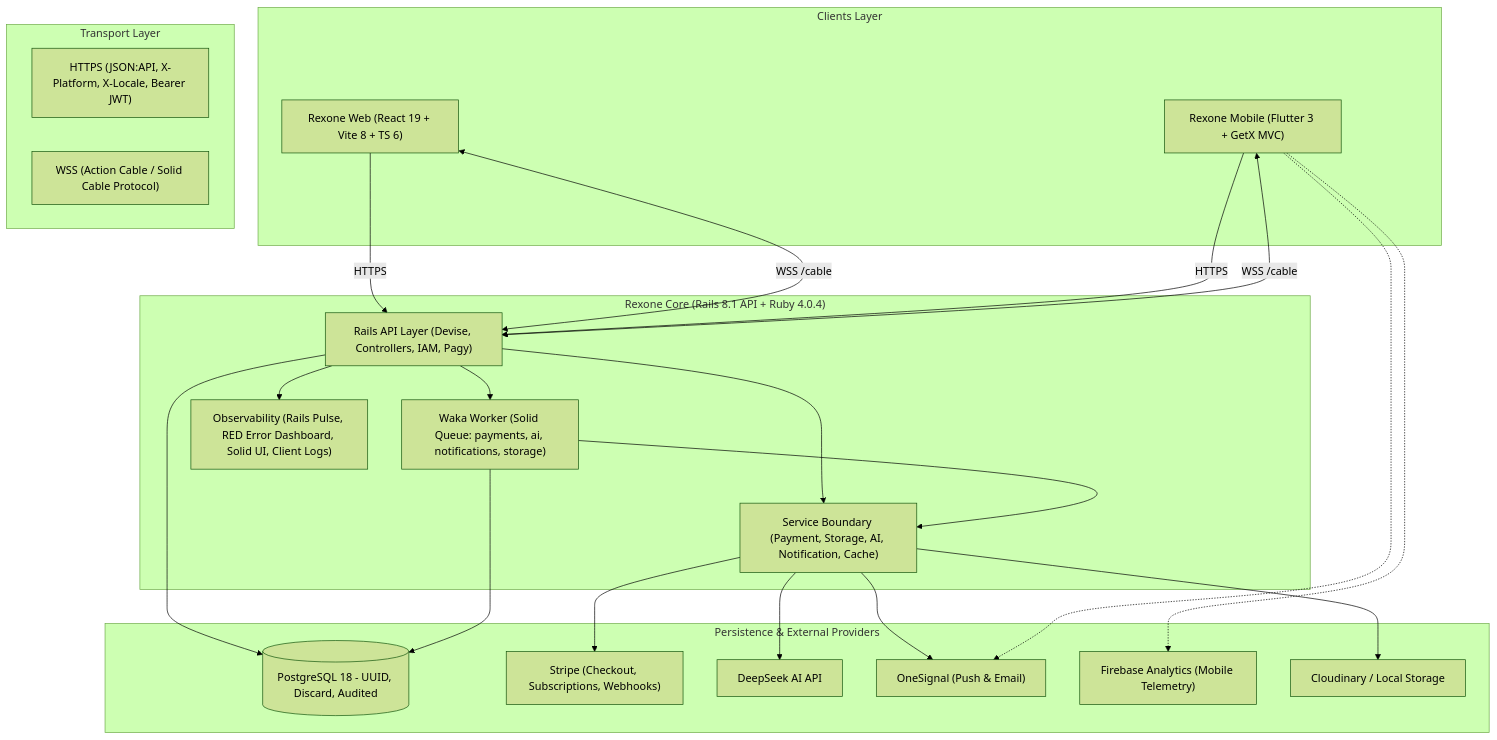
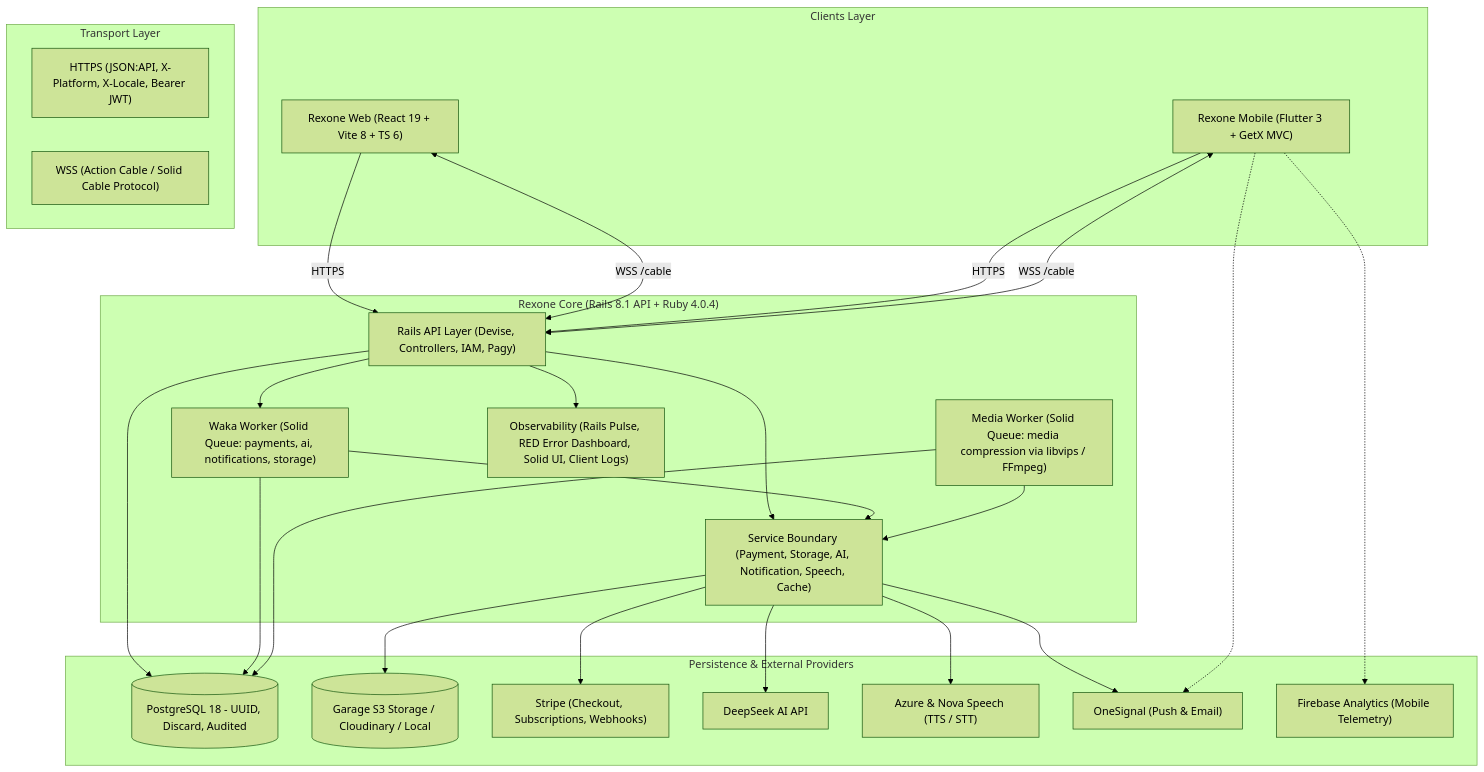
Before and after one commit to rex-9/rexone-core: the diagram in ECOSYSTEM.md, drawn with Mermaid (forest theme). The commit also changed other lines of this file and 44 other files, not shown here.

````diff
--- a/ECOSYSTEM.md
+++ b/ECOSYSTEM.md
@@ -22,47 +22,52 @@
 ```mermaid
 flowchart TB
     subgraph Clients["Clients Layer"]
         Web["Rexone Web (React 19 + Vite 8 + TS 6)"]
         Mobile["Rexone Mobile (Flutter 3 + GetX MVC)"]
     end
 
     subgraph Transport["Transport Layer"]
         HTTPS["HTTPS (JSON:API, X-Platform, X-Locale, Bearer JWT)"]
         WSS["WSS (Action Cable / Solid Cable Protocol)"]
     end
 
     subgraph Core["Rexone Core (Rails 8.1 API + Ruby 4.0.4)"]
         API["Rails API Layer (Devise, Controllers, IAM, Pagy)"]
         Waka["Waka Worker (Solid Queue: payments, ai, notifications, storage)"]
-        Services["Service Boundary (Payment, Storage, AI, Notification, Cache)"]
+        Media["Media Worker (Solid Queue: media compression via libvips / FFmpeg)"]
+        Services["Service Boundary (Payment, Storage, AI, Notification, Speech, Cache)"]
         Obs["Observability (Rails Pulse, RED Error Dashboard, Solid UI, Client Logs)"]
     end
 
     subgraph Providers["Persistence & External Providers"]
         Postgres[(PostgreSQL 18 - UUID, Discard, Audited)]
+        Garage[(Garage S3 Storage / Cloudinary / Local)]
         Stripe["Stripe (Checkout, Subscriptions, Webhooks)"]
         DeepSeek["DeepSeek AI API"]
+        Speech["Azure & Nova Speech (TTS / STT)"]
         OneSignal["OneSignal (Push & Email)"]
         Firebase["Firebase Analytics (Mobile Telemetry)"]
-        Cloudinary["Cloudinary / Local Storage"]
     end
 
     Web -->|HTTPS| API
     Web <-->|WSS /cable| API
     Mobile -->|HTTPS| API
     Mobile <-->|WSS /cable| API
 
     API --> Postgres
     API --> Services
     API --> Obs
     API --> Waka
     Waka --> Postgres
     Waka --> Services
+    Media --> Postgres
+    Media --> Services
 
     Services --> Stripe
     Services --> DeepSeek
+    Services --> Speech
     Services --> OneSignal
-    Services --> Cloudinary
+    Services --> Garage
     Mobile -.-> Firebase
     Mobile -.-> OneSignal
 ```
````
